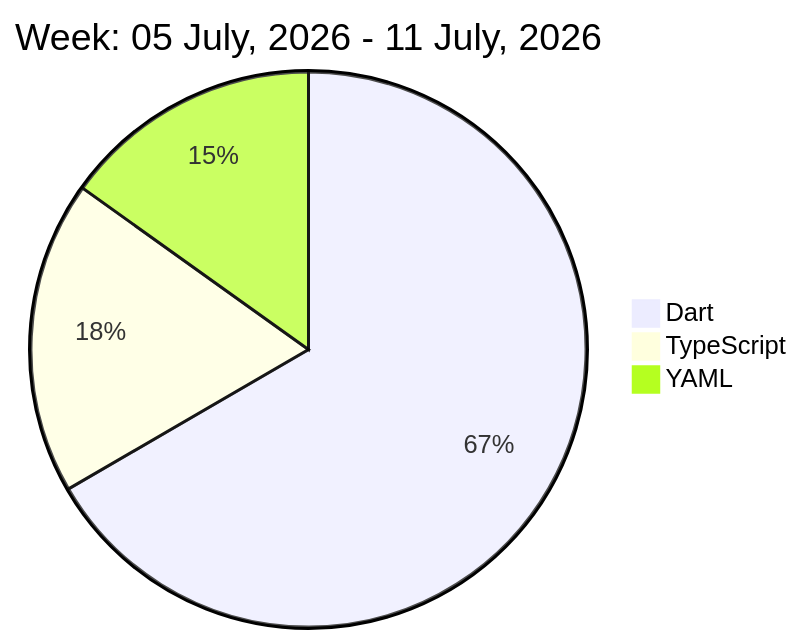
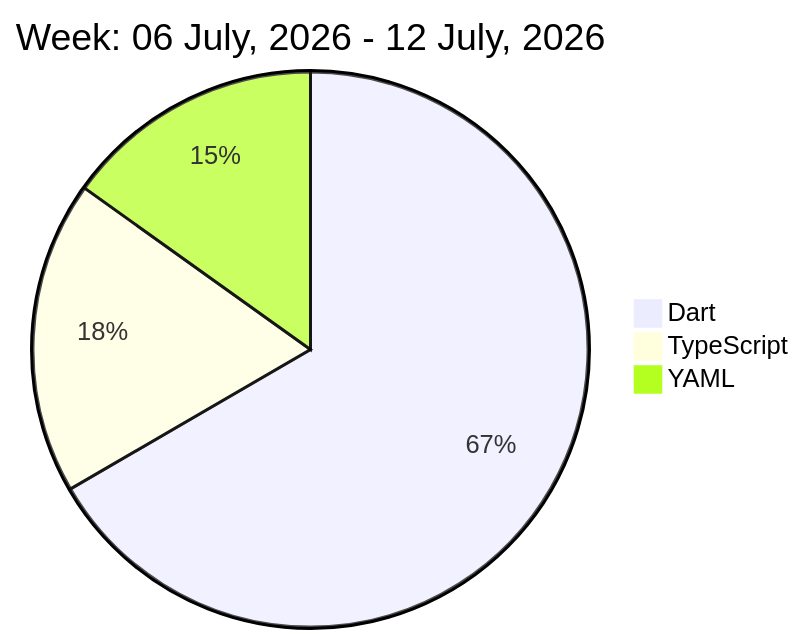
Before and after one commit to liubin95/liubin95: the diagram in README.md, drawn with Mermaid.

Commit message:
Updated the Graph with new Metrics

````diff
--- a/README.md
+++ b/README.md
@@ -32,7 +32,7 @@
 ```mermaid
  pie
-title Week: 05 July, 2026 - 11 July, 2026
+title Week: 06 July, 2026 - 12 July, 2026
  "Dart" : 10.22
  "TypeScript" : 2.8
  "YAML" : 2.32
 ```
````
